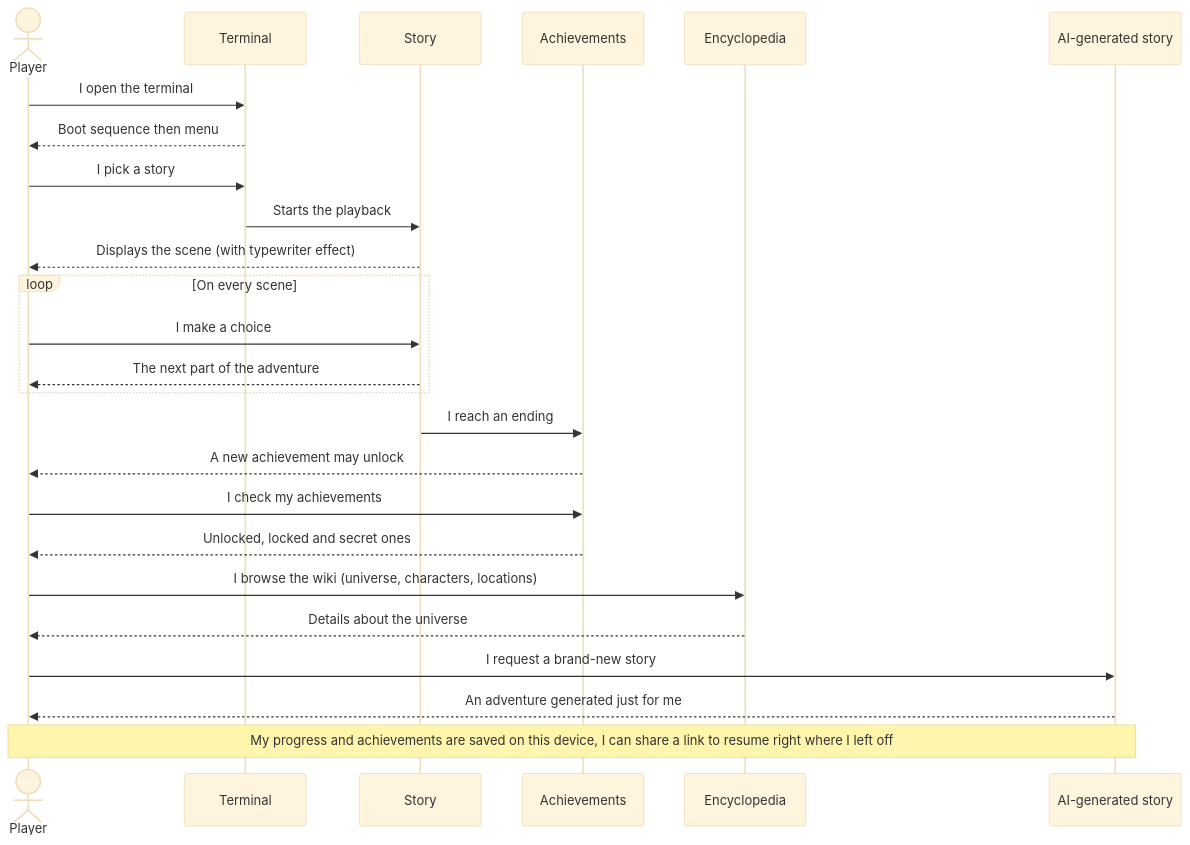
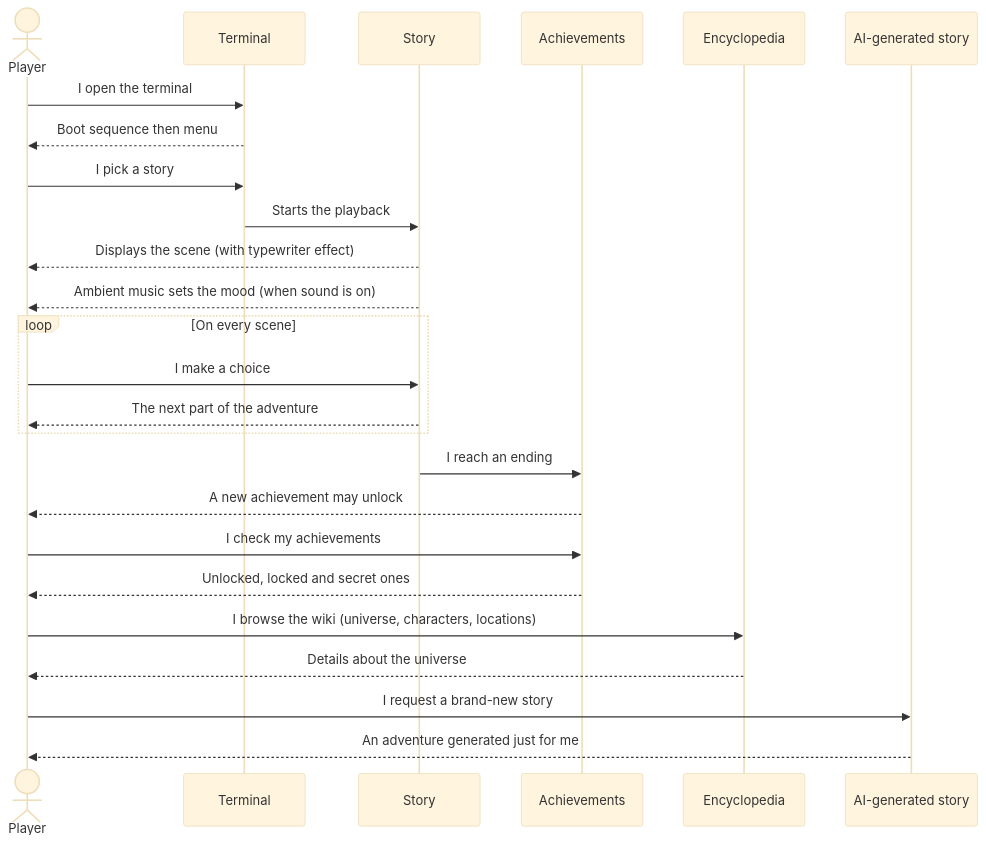
Before and after one commit to FlorianLeChat/Terminal-Stories: the second of 2 diagrams in README.md, drawn with Mermaid (base theme). The commit also changed other lines of this file and 19 other files, not shown here.

Commit message:
feat(audio): add ambient sounds, background music, and volume controls

````diff
--- a/README.md
+++ b/README.md
@@ -103,35 +102,34 @@
 ```mermaid
 sequenceDiagram
     actor Player as Player
     participant Terminal as Terminal
     participant Story as Story
     participant Achievements as Achievements
     participant Encyclopedia as Encyclopedia
     participant AI as AI-generated story
 
     Player->>Terminal: I open the terminal
     Terminal-->>Player: Boot sequence then menu
 
     Player->>Terminal: I pick a story
     Terminal->>Story: Starts the playback
     Story-->>Player: Displays the scene (with typewriter effect)
+    Story-->>Player: Ambient music sets the mood (when sound is on)
 
     loop On every scene
         Player->>Story: I make a choice
         Story-->>Player: The next part of the adventure
     end
 
     Story->>Achievements: I reach an ending
     Achievements-->>Player: A new achievement may unlock
 
     Player->>Achievements: I check my achievements
     Achievements-->>Player: Unlocked, locked and secret ones
 
     Player->>Encyclopedia: I browse the wiki (universe, characters, locations)
     Encyclopedia-->>Player: Details about the universe
 
     Player->>AI: I request a brand-new story
     AI-->>Player: An adventure generated just for me
-
-    Note over Player,AI: My progress and achievements are saved on this device, I can share a link to resume right where I left off
 ```
````
